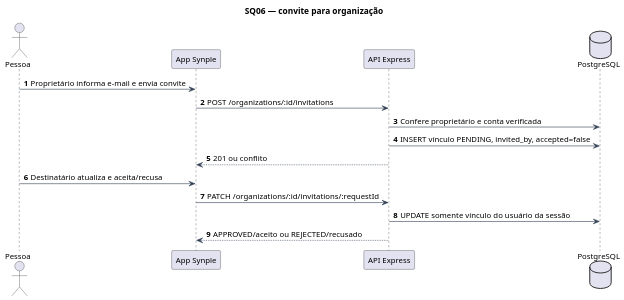
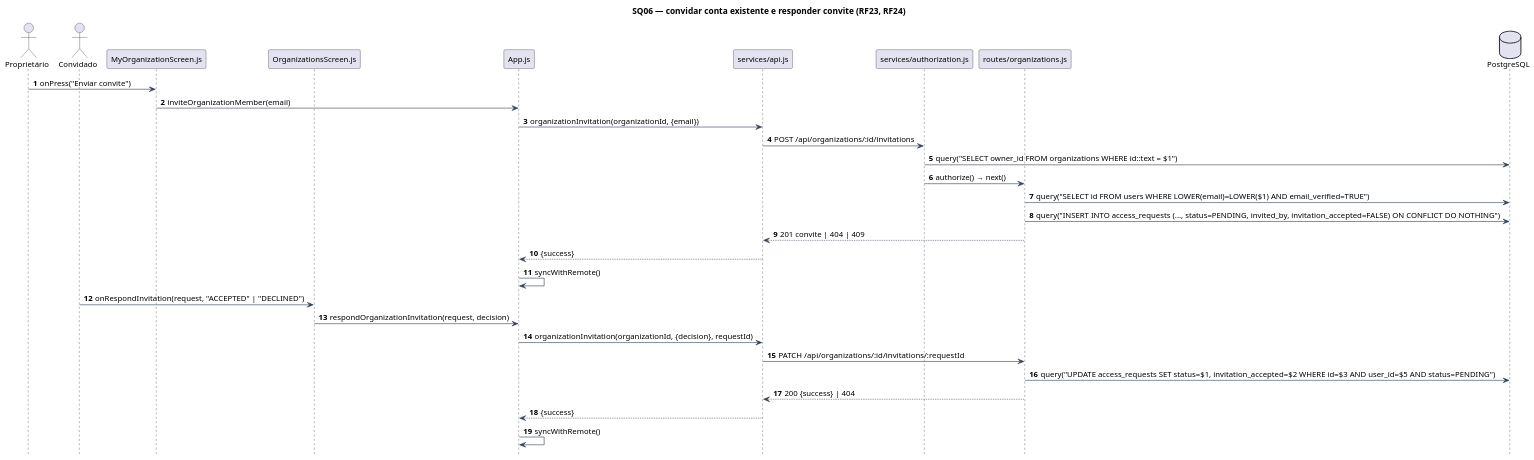
One commit to skzun/BRTPDS2 changed the diagram in docs/Diagramas/ENTREGA_DEFINITIVA/fontes/seq-convite-org.puml. Above: the diagram before and after it, drawn with PlantUML. The commit also changed 45 other files, not shown here.

First line of the commit message:
Corrige diagramas e documentação do Incremento 3

```diff
--- a/docs/Diagramas/ENTREGA_DEFINITIVA/fontes/seq-convite-org.puml
+++ b/docs/Diagramas/ENTREGA_DEFINITIVA/fontes/seq-convite-org.puml
@@ -1,27 +1,42 @@
 @startuml
 !pragma layout smetana
 skinparam backgroundColor white
 skinparam shadowing false
 skinparam defaultFontName SansSerif
 skinparam defaultFontSize 13
 skinparam ArrowColor #334155
-skinparam packageStyle rectangle
-skinparam classAttributeIconSize 0
 skinparam roundcorner 5
 skinparam dpi 130
-title SQ06 — convite para organização
+skinparam sequenceMessageAlign left
+hide footbox
 autonumber
-actor Pessoa
-participant "App Synple" as App
-participant "API Express" as API
-database PostgreSQL as DB
-Pessoa -> App : Proprietário informa e-mail e envia convite
-App -> API : POST /organizations/:id/invitations
-API -> DB : Confere proprietário e conta verificada
-API -> DB : INSERT vínculo PENDING, invited_by, accepted=false
-API --> App : 201 ou conflito
-Pessoa -> App : Destinatário atualiza e aceita/recusa
-App -> API : PATCH /organizations/:id/invitations/:requestId
-API -> DB : UPDATE somente vínculo do usuário da sessão
-API --> App : APPROVED/aceito ou REJECTED/recusado
+title SQ06 — convidar conta existente e responder convite (RF23, RF24)
+actor "Proprietário" as O
+actor "Convidado" as C
+participant "MyOrganizationScreen.js" as UI
+participant "OrganizationsScreen.js" as UI2
+participant "App.js" as App
+participant "services/api.js" as Api
+participant "services/authorization.js" as Az
+participant "routes/organizations.js" as R
+database "PostgreSQL" as DB
+O -> UI : onPress("Enviar convite")
+UI -> App : inviteOrganizationMember(email)
+App -> Api : organizationInvitation(organizationId, {email})
+Api -> Az : POST /api/organizations/:id/invitations
+Az -> DB : query("SELECT owner_id FROM organizations WHERE id::text = $1")
+Az -> R : authorize() → next()
+R -> DB : query("SELECT id FROM users WHERE LOWER(email)=LOWER($1) AND email_verified=TRUE")
+R -> DB : query("INSERT INTO access_requests (..., status=PENDING, invited_by, invitation_accepted=FALSE) ON CONFLICT DO NOTHING")
+R --> Api : 201 convite | 404 | 409
+Api --> App : {success}
+App -> App : syncWithRemote()
+C -> UI2 : onRespondInvitation(request, "ACCEPTED" | "DECLINED")
+UI2 -> App : respondOrganizationInvitation(request, decision)
+App -> Api : organizationInvitation(organizationId, {decision}, requestId)
+Api -> R : PATCH /api/organizations/:id/invitations/:requestId
+R -> DB : query("UPDATE access_requests SET status=$1, invitation_accepted=$2 WHERE id=$3 AND user_id=$5 AND status=PENDING")
+R --> Api : 200 {success} | 404
+Api --> App : {success}
+App -> App : syncWithRemote()
 @enduml
```
